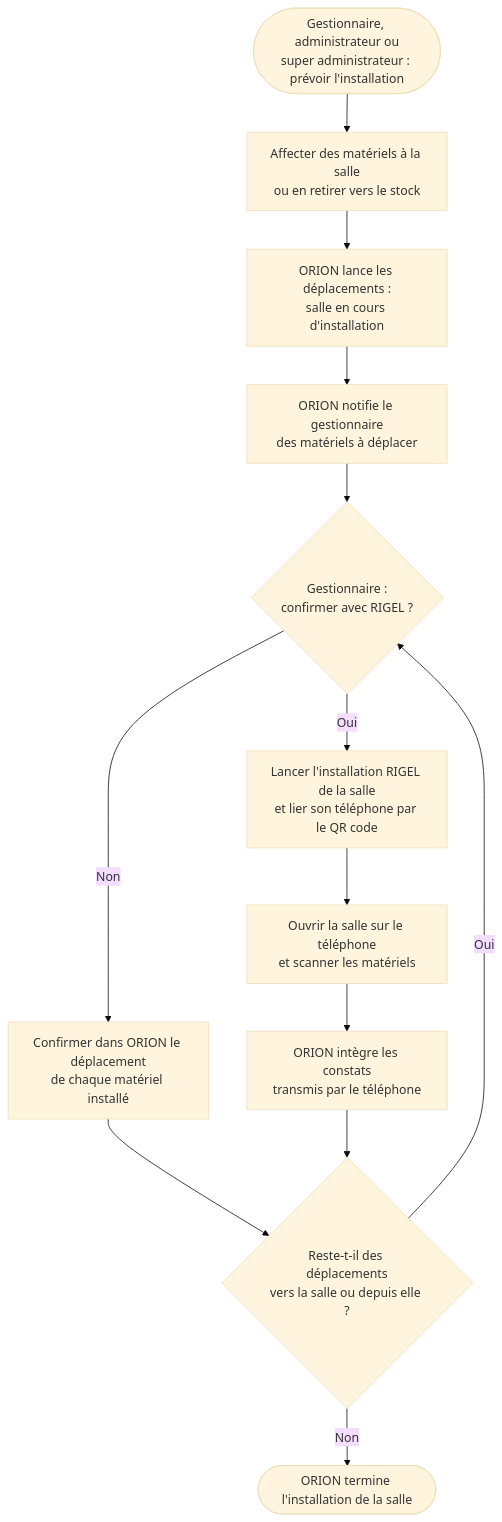
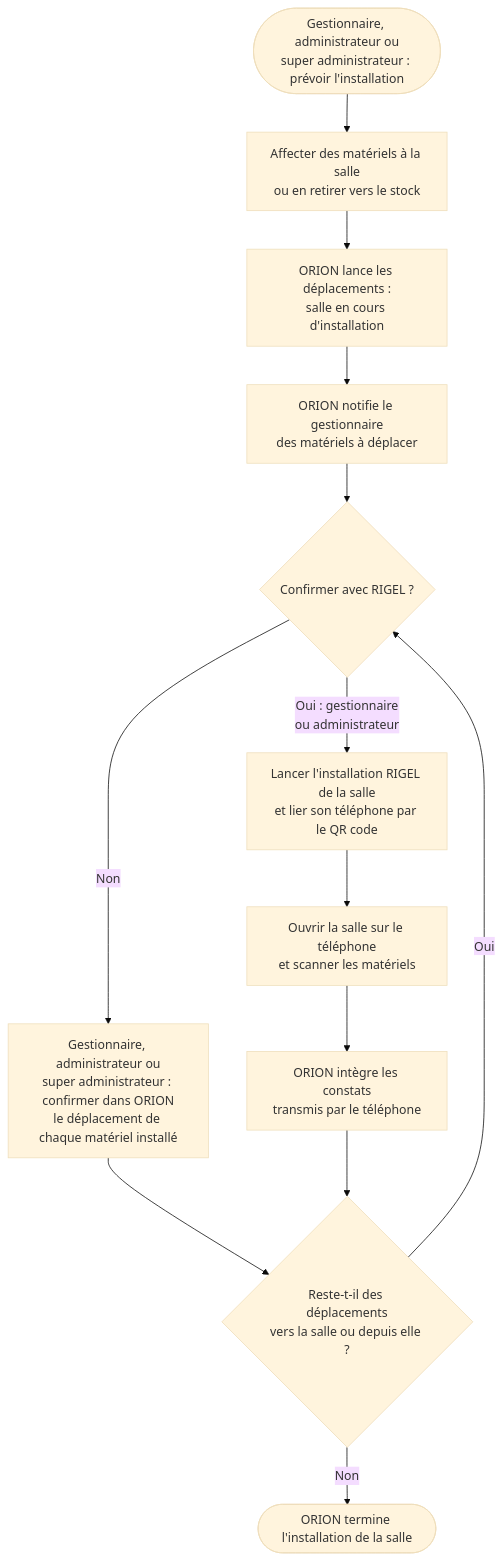
One commit to bpierrelouis/aster changed the ninth of 10 diagrams in docs/02-ANALYSE/01-MODELISATION-METIER/07-DIAGRAMMES-ACTIVITE.md. Above: the diagram before and after it, drawn with Mermaid (base theme). The commit also changed other lines of this file and 19 other files, not shown here.

````diff
--- a/docs/02-ANALYSE/01-MODELISATION-METIER/07-DIAGRAMMES-ACTIVITE.md
+++ b/docs/02-ANALYSE/01-MODELISATION-METIER/07-DIAGRAMMES-ACTIVITE.md
@@ -165,15 +166,15 @@
 ```mermaid
 flowchart TD
     debut(["Gestionnaire, administrateur ou<br/>super administrateur : prévoir l'installation"]) --> affecter["Affecter des matériels à la salle<br/>ou en retirer vers le stock"]
     affecter --> deplacements["ORION lance les déplacements :<br/>salle en cours d'installation"]
     deplacements --> notifier["ORION notifie le gestionnaire<br/>des matériels à déplacer"]
-    notifier --> mode{"Gestionnaire :<br/>confirmer avec RIGEL ?"}
-    mode -->|"Non"| confirmer["Confirmer dans ORION le déplacement<br/>de chaque matériel installé"]
-    mode -->|"Oui"| lier["Lancer l'installation RIGEL de la salle<br/>et lier son téléphone par le QR code"]
+    notifier --> mode{"Confirmer avec RIGEL ?"}
+    mode -->|"Non"| confirmer["Gestionnaire, administrateur ou<br/>super administrateur : confirmer dans ORION<br/>le déplacement de chaque matériel installé"]
+    mode -->|"Oui : gestionnaire<br/>ou administrateur"| lier["Lancer l'installation RIGEL de la salle<br/>et lier son téléphone par le QR code"]
     lier --> scanner["Ouvrir la salle sur le téléphone<br/>et scanner les matériels"]
     scanner --> integrer["ORION intègre les constats<br/>transmis par le téléphone"]
     confirmer --> reste{"Reste-t-il des déplacements<br/>vers la salle ou depuis elle ?"}
     integrer --> reste
     reste -->|"Oui"| mode
     reste -->|"Non"| terminee(["ORION termine l'installation de la salle"])
 ```
````
